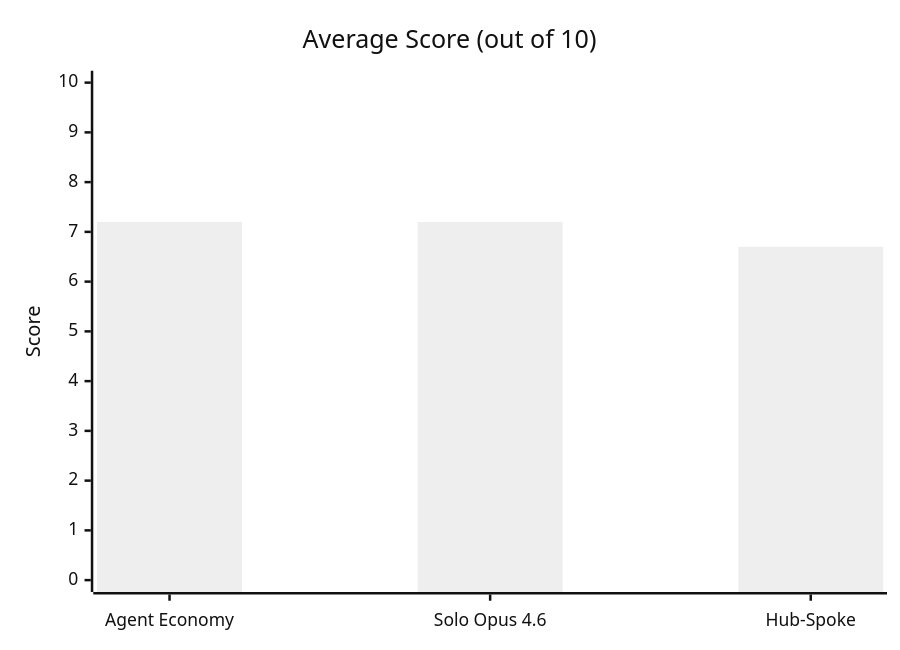
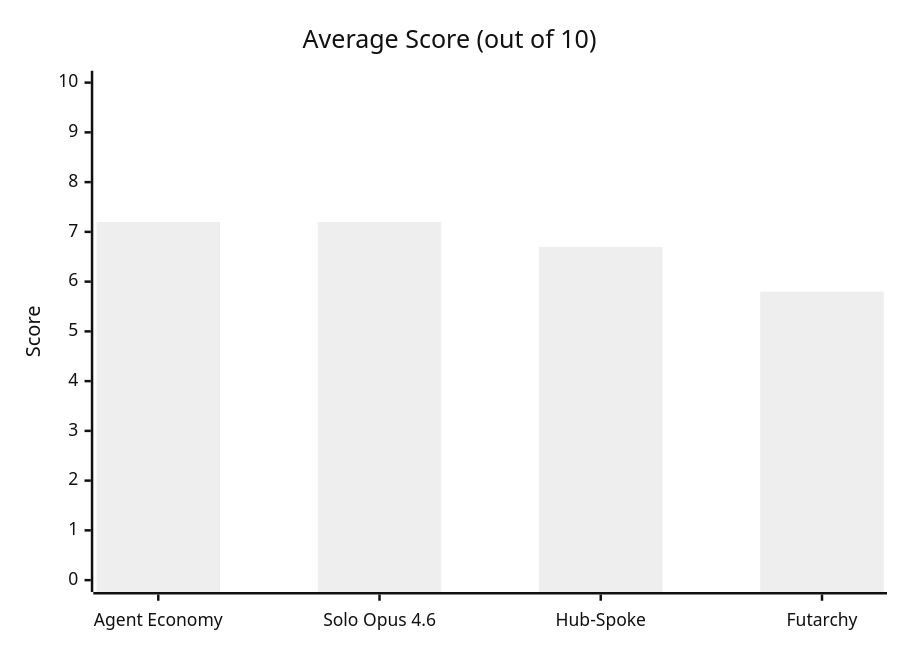
One commit to vivien98/hub-vs-spoke changed the second of 5 diagrams in README.md. Above: the diagram before and after it, drawn with Mermaid (neutral theme). The commit also changed other lines of this file and 4 other files, not shown here.

````diff
--- a/README.md
+++ b/README.md
@@ -24,7 +24,7 @@
 ```mermaid
 xychart-beta
     title "Average Score (out of 10)"
-    x-axis ["Agent Economy", "Solo Opus 4.6", "Hub-Spoke"]
+    x-axis ["Agent Economy", "Solo Opus 4.6", "Hub-Spoke", "Futarchy"]
     y-axis "Score" 0 --> 10
-    bar [7.2, 7.2, 6.7]
+    bar [7.2, 7.2, 6.7, 5.8]
 ```
````
